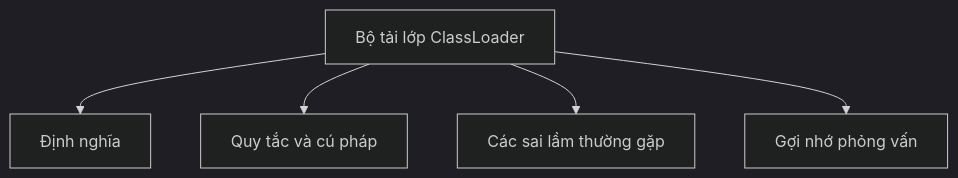
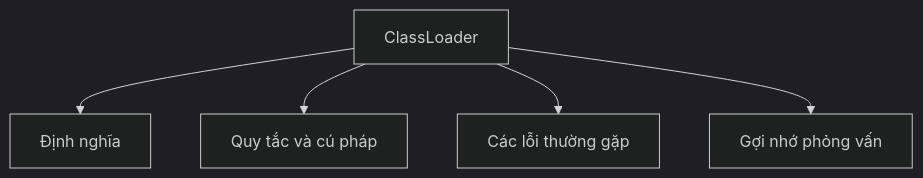
The diagram in vi/32-classloader/README.md (PhuThien2005/theoretical-of-java-core), drawn with Mermaid (dark theme) before and after one commit. The commit also changed other lines of this file and 229 other files, not shown here.

````diff
--- a/vi/32-classloader/README.md
+++ b/vi/32-classloader/README.md
@@ -58,7 +58,7 @@
 ```mermaid
 flowchart TD
-    A[Bộ tải lớp ClassLoader] --> B[Định nghĩa]
+    A[ClassLoader] --> B[Định nghĩa]
     A --> C[Quy tắc và cú pháp]
-    A --> D[Các sai lầm thường gặp]
+    A --> D[Các lỗi thường gặp]
     A --> E[Gợi nhớ phỏng vấn]
 ```
````
